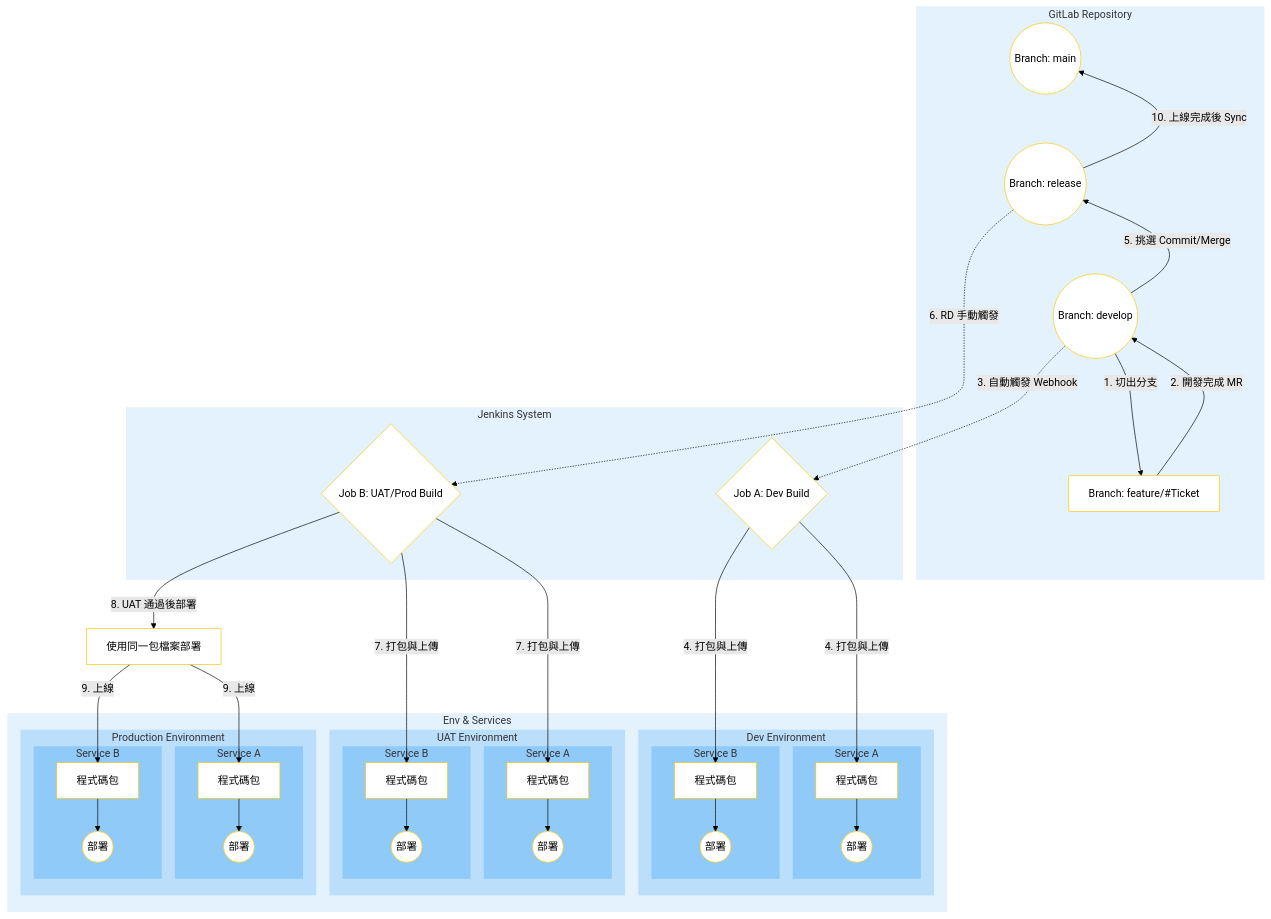
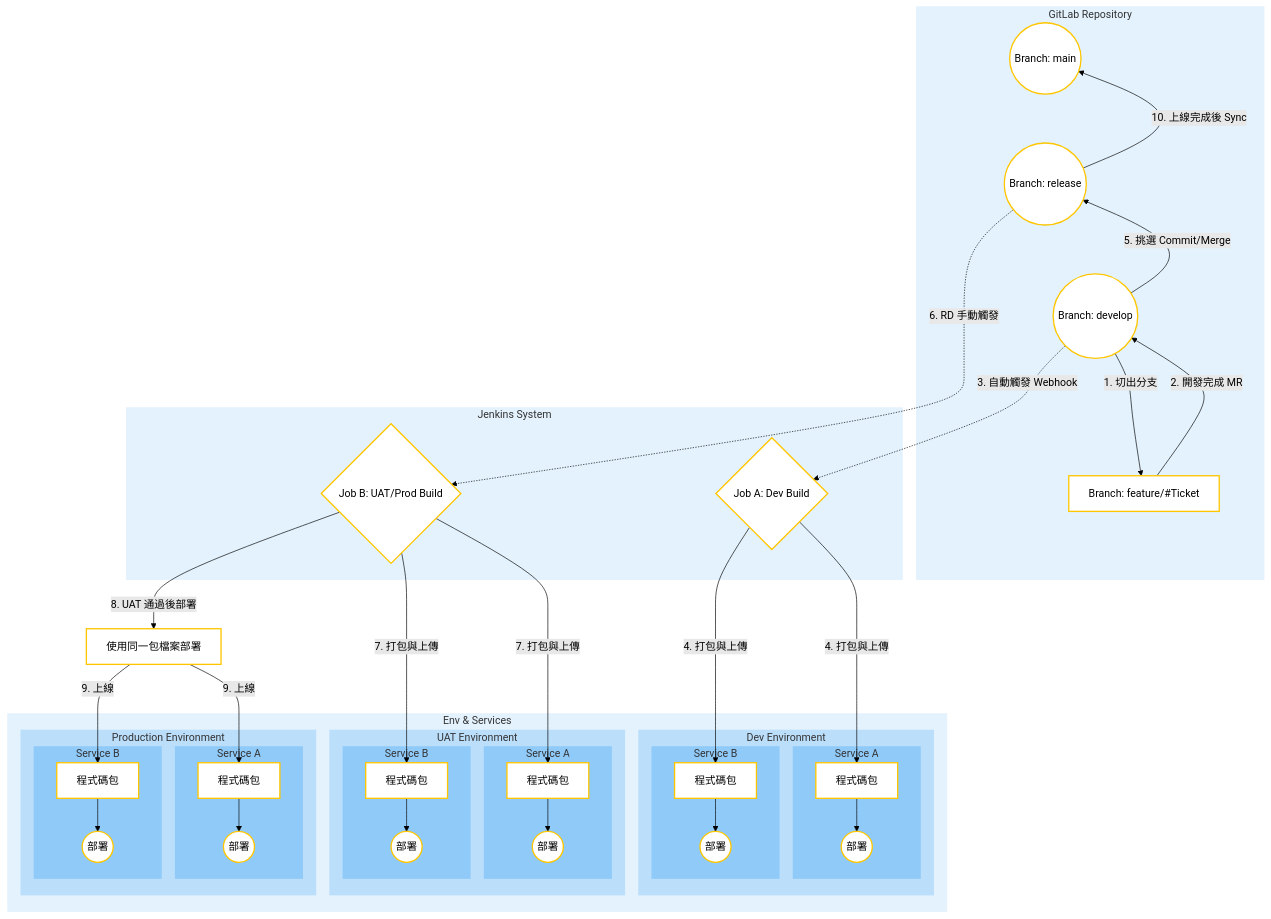
One commit to almightyken0425/KnowledgeVault changed the second of 2 diagrams in SIT/ReleaseWorkFlow.md. Above: the diagram before and after it, drawn with Mermaid (forest theme).

````diff
--- a/SIT/ReleaseWorkFlow.md
+++ b/SIT/ReleaseWorkFlow.md
@@ -47,11 +47,11 @@
 ```mermaid
 graph TD
     %% 定義樣式
-    classDef branch fill:#FFFFFF,stroke:#FFC600,stroke-width:1px;
-    classDef action fill:#FFFFFF,stroke:#FFC600,stroke-width:1px;
-    classDef server fill:#FFFFFF,stroke:#FFC600,stroke-width:1px;
-    classDef jenkins fill:#FFFFFF,stroke:#FFC600,stroke-width:1px;
-    classDef deployAction fill:#FFFFFF,stroke:#FFC600,stroke-width:1px;
+    classDef branch fill:#FFFFFF,stroke:#FFC600,stroke-width:2px;
+    classDef action fill:#FFFFFF,stroke:#FFC600,stroke-width:2px;
+    classDef server fill:#FFFFFF,stroke:#FFC600,stroke-width:2px;
+    classDef jenkins fill:#FFFFFF,stroke:#FFC600,stroke-width:2px;
+    classDef deployAction fill:#FFFFFF,stroke:#FFC600,stroke-width:2px;
 
     %% 節點定義
     subgraph Git_Repo [GitLab Repository]
````
